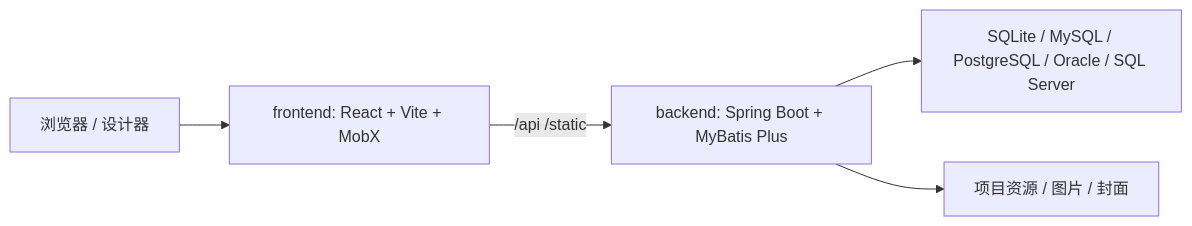
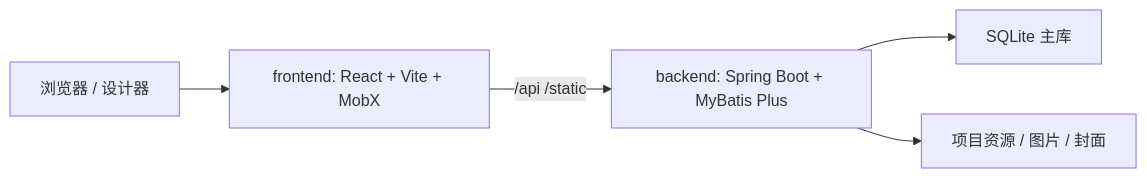
The diagram in README.md (xiaopujun/light-chaser), drawn with Mermaid before and after one commit. The commit also changed other lines of this file and 11 other files, not shown here.

````diff
--- a/README.md
+++ b/README.md
@@ -53,7 +53,7 @@
 ```mermaid
 flowchart LR
   B["浏览器 / 设计器"] --> F["frontend: React + Vite + MobX"]
   F -->|/api /static| S["backend: Spring Boot + MyBatis Plus"]
-  S --> D["SQLite / MySQL / PostgreSQL / Oracle / SQL Server"]
+  S --> D["SQLite 主库"]
   S --> R["项目资源 / 图片 / 封面"]
 ```
````
